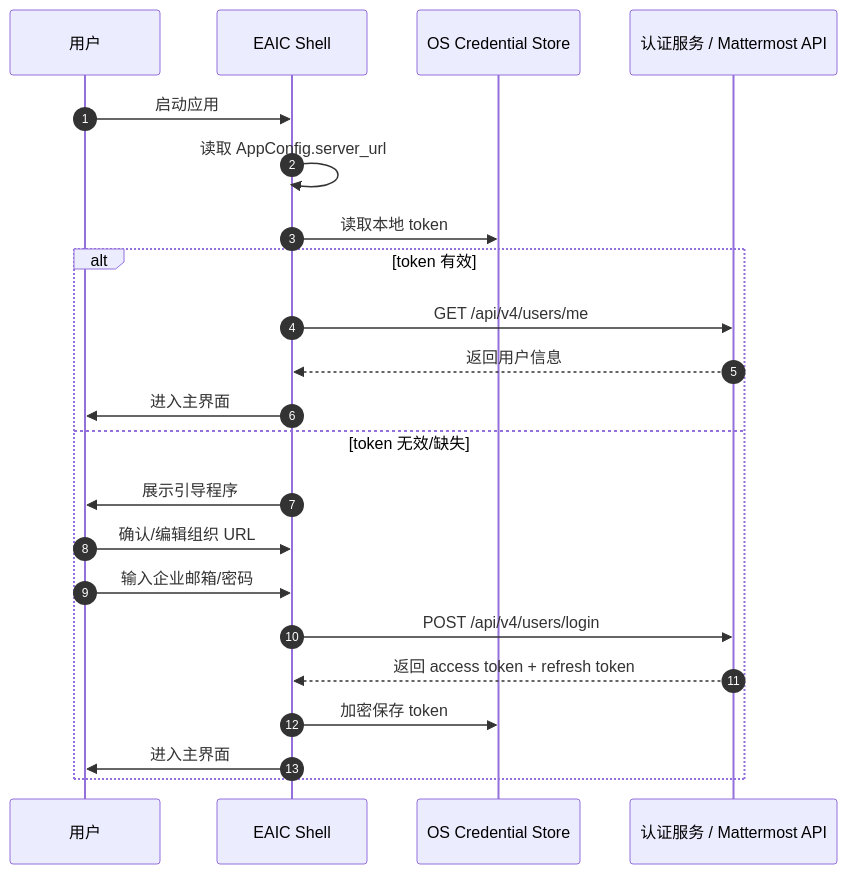
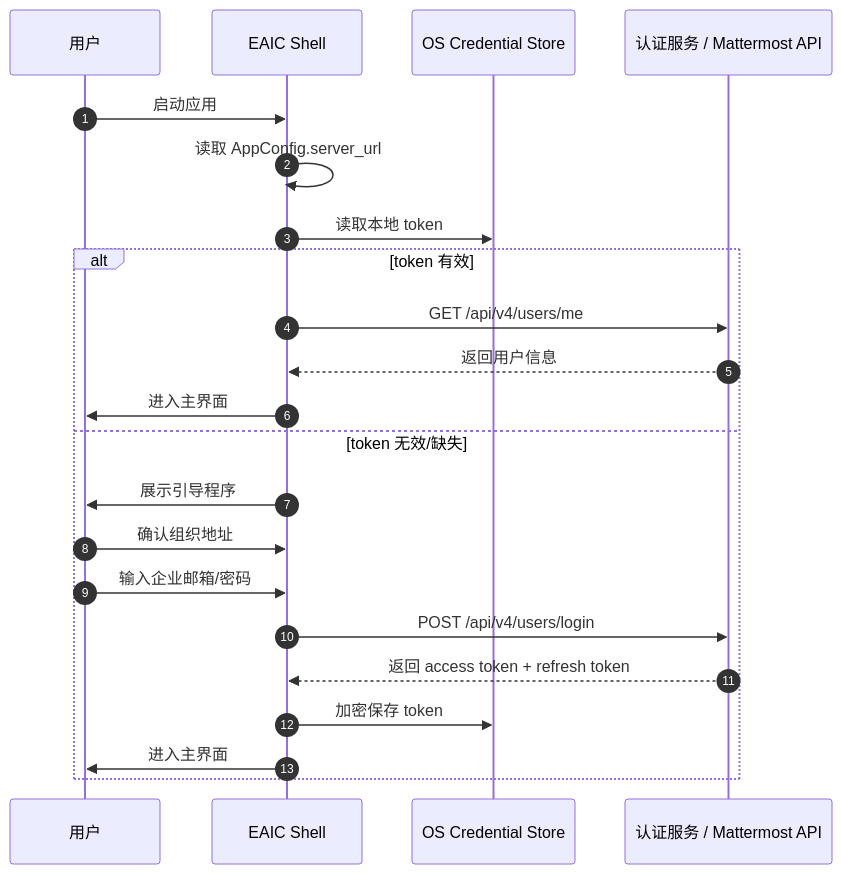
The second of 3 diagrams in issue-11/prd.md (sushanglewis/WeLink), drawn with Mermaid before and after one commit. The commit also changed other lines of this file and 7 other files, not shown here.

````diff
--- a/issue-11/prd.md
+++ b/issue-11/prd.md
@@ -150,25 +149,25 @@
 ```mermaid
 sequenceDiagram
     autonumber
     participant U as 用户
     participant App as EAIC Shell
     participant Store as OS Credential Store
     participant Auth as 认证服务 / Mattermost API
 
     U->>App: 启动应用
     App->>App: 读取 AppConfig.server_url
     App->>Store: 读取本地 token
     alt token 有效
         App->>Auth: GET /api/v4/users/me
         Auth-->>App: 返回用户信息
         App->>U: 进入主界面
     else token 无效/缺失
         App->>U: 展示引导程序
-        U->>App: 确认/编辑组织 URL
+        U->>App: 确认组织地址
         U->>App: 输入企业邮箱/密码
         App->>Auth: POST /api/v4/users/login
         Auth-->>App: 返回 access token + refresh token
         App->>Store: 加密保存 token
         App->>U: 进入主界面
     end
 ```
````
